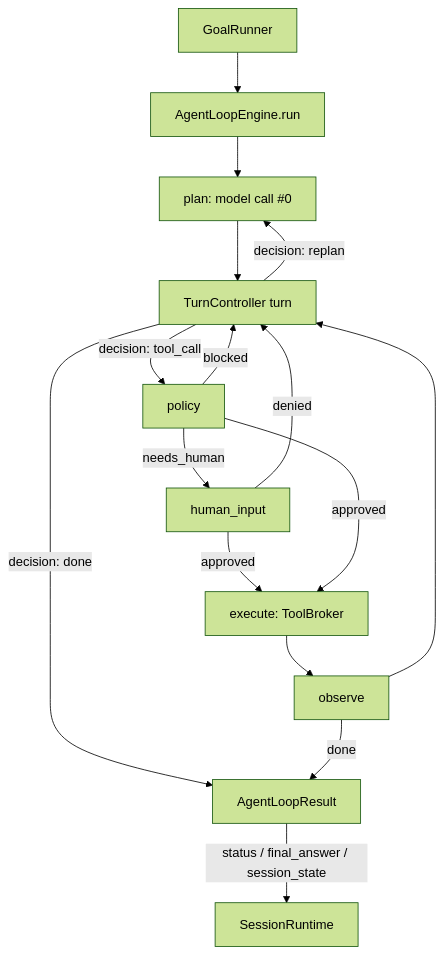
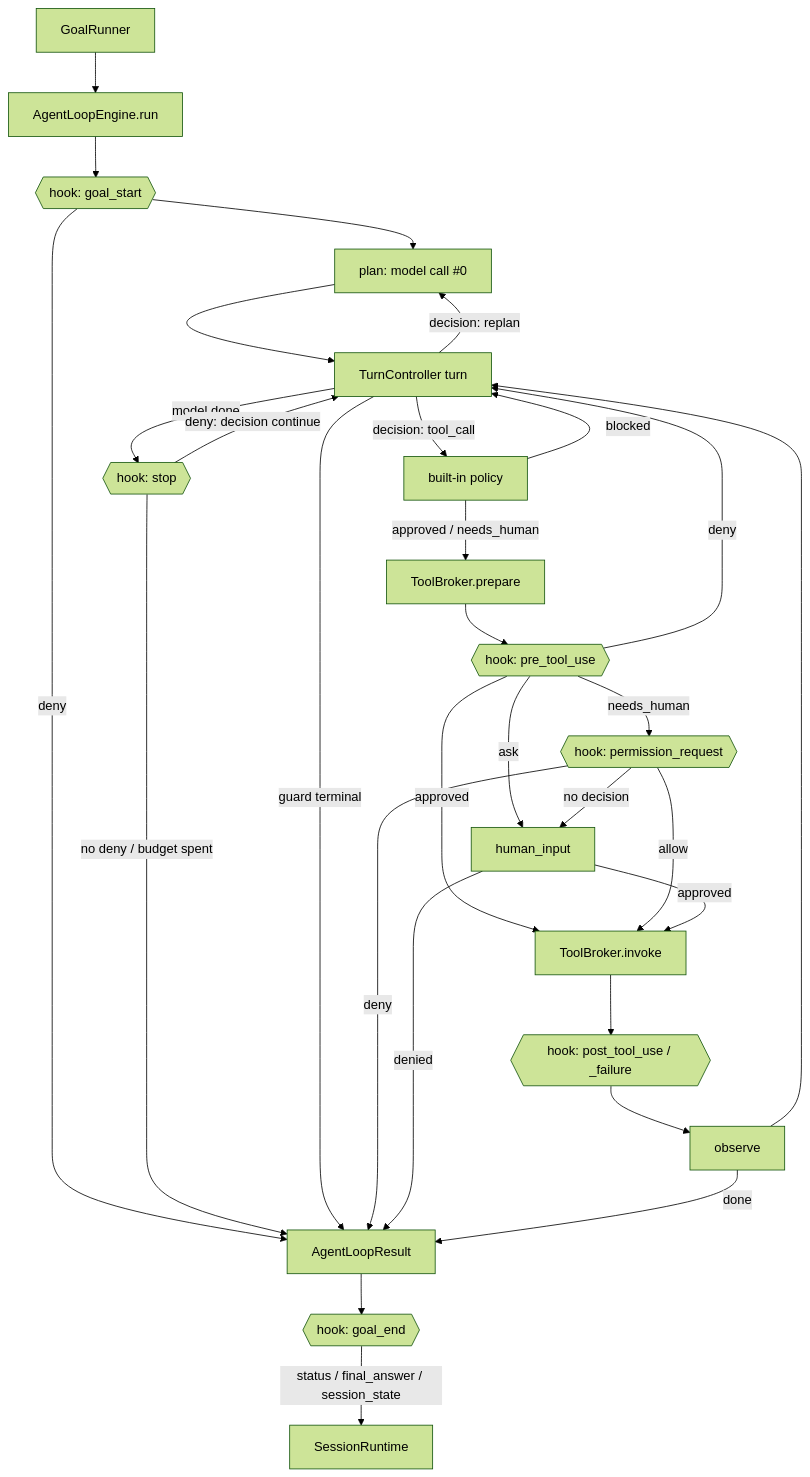
The diagram in docs/diagrams/agent-runtime-flow.md (Hastur456/AutoBrowser), drawn with Mermaid (forest theme) before and after one commit. The commit also changed other lines of this file and 6 other files, not shown here.

First line of the commit message:
docs(hooks): document lifecycle hooks in diagrams, guides and glossary

````diff
--- a/docs/diagrams/agent-runtime-flow.md
+++ b/docs/diagrams/agent-runtime-flow.md
@@ -7,18 +7,32 @@
 ```mermaid
 flowchart TD
   GoalRunner[GoalRunner] --> Engine[AgentLoopEngine.run]
-  Engine --> Plan[plan: model call #0]
+  Engine --> GoalStart{{"hook: goal_start"}}
+  GoalStart -->|deny| Result
+  GoalStart --> Plan[plan: model call #0]
   Plan --> Turn[TurnController turn]
-  Turn -->|decision: tool_call| Policy[policy]
+  Turn -->|decision: tool_call| Policy[built-in policy]
   Turn -->|decision: replan| Plan
-  Turn -->|decision: done| Result[AgentLoopResult]
+  Turn -->|model done| Stop{{"hook: stop"}}
+  Stop -->|deny: decision continue| Turn
+  Stop -->|no deny / budget spent| Result[AgentLoopResult]
+  Turn -->|guard terminal| Result
   Policy -->|blocked| Turn
-  Policy -->|needs_human| Human[human_input]
-  Human -->|denied| Turn
-  Human -->|approved| Exec[execute: ToolBroker]
-  Policy -->|approved| Exec
-  Exec --> Obs[observe]
+  Policy -->|approved / needs_human| Prepare[ToolBroker.prepare]
+  Prepare --> Pre{{"hook: pre_tool_use"}}
+  Pre -->|deny| Turn
+  Pre -->|ask| Human
+  Pre -->|approved| Exec
+  Pre -->|needs_human| Perm{{"hook: permission_request"}}
+  Perm -->|allow| Exec
+  Perm -->|deny| Result
+  Perm -->|no decision| Human[human_input]
+  Human -->|denied| Result
+  Human -->|approved| Exec[ToolBroker.invoke]
+  Exec --> Post{{"hook: post_tool_use / _failure"}}
+  Post --> Obs[observe]
   Obs --> Turn
   Obs -->|done| Result
-  Result -->|status / final_answer / session_state| Session[SessionRuntime]
+  Result --> GoalEnd{{"hook: goal_end"}}
+  GoalEnd -->|status / final_answer / session_state| Session[SessionRuntime]
 ```
````
